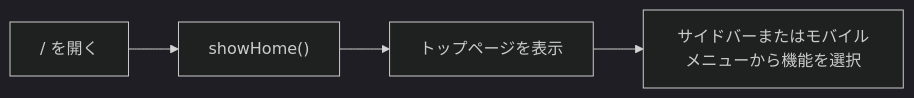
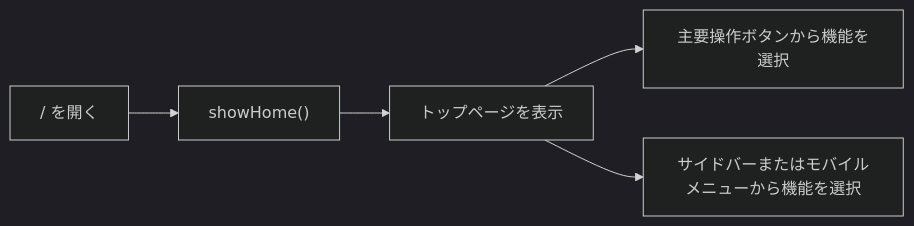
The third of 8 diagrams in docs/総合演習ガイド.md (juyeongjung1/spa-book), drawn with Mermaid (dark theme) before and after one commit. The commit also changed other lines of this file and 3 other files, not shown here.

````diff
--- a/docs/総合演習ガイド.md
+++ b/docs/総合演習ガイド.md
@@ -603,6 +607,7 @@
 ```mermaid
 flowchart LR
     A["/ を開く"] --> B["showHome()"]
     B --> C["トップページを表示"]
-    C --> D["サイドバーまたはモバイルメニューから機能を選択"]
+    C --> D["主要操作ボタンから機能を選択"]
+    C --> E["サイドバーまたはモバイルメニューから機能を選択"]
 ```
````
